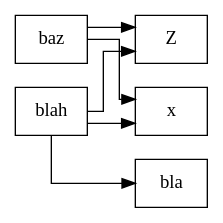
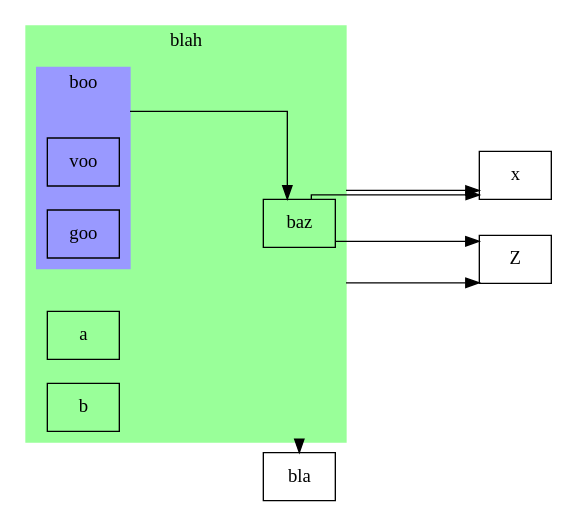
The diagram in test.dot (ioannad/asd-graph), drawn with Graphviz before and after one commit. The commit also changed 3 other files, not shown here.

```diff
--- a/test.dot
+++ b/test.dot
@@ -1,12 +1,33 @@
 digraph "test" {
-
+overlap=false; 
 splines=ortho; 
 rankdir = LR; 
 node [shape=box]; 
-baz;
-baz -> {x Z }
-bla;
-blah;
-blah -> {x bla Z }
+ranksep=1.5; 
+compound=true; 
+"baz";
+"baz" -> "x" ; 
+"baz" -> "Z" ; 
+"bla";
+subgraph "clusterblah" {
+"blah" [shape=point style=invis];
+label="blah";
+style=filled;
+color="0.33333334, 0.4, 1.0";
+"a";
+subgraph "clusterboo" {
+"boo" [shape=point style=invis];
+label="boo";
+style=filled;
+color="0.6666667, 0.4, 1.0";
+"voo";
+"goo";
+                        }
+"boo" -> "baz" [ltail="clusterboo";]; 
+"b";
+                        }
+"blah" -> "x" [ltail="clusterblah";]; 
+"blah" -> "bla" [ltail="clusterblah";]; 
+"blah" -> "Z" [ltail="clusterblah";]; 
 
 }
```
